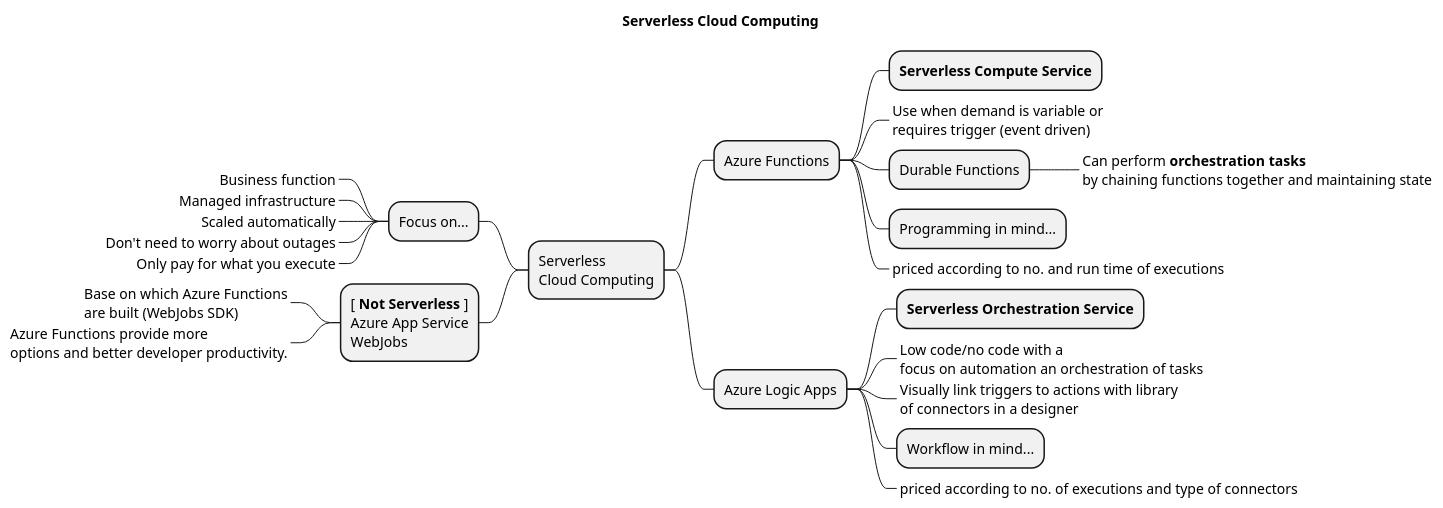
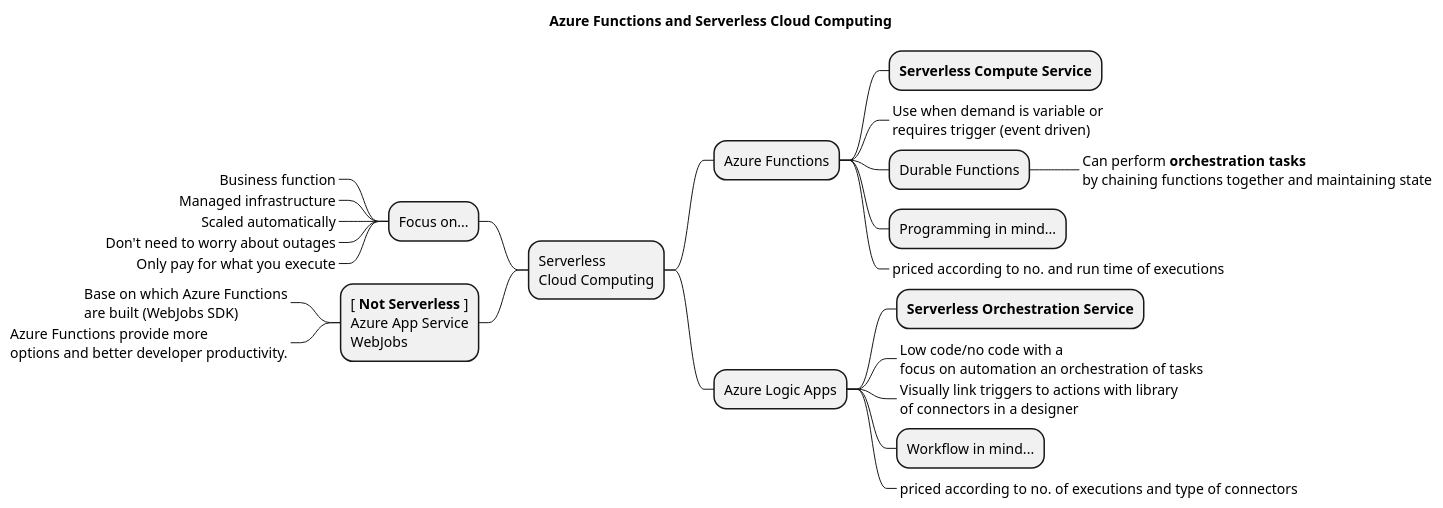
One commit to rob-bl8ke/Az204-AzureFunctions changed the diagram in Notes/Diagrams/serverless-computing.plantuml. Above: the diagram before and after it, drawn with PlantUML. The commit also changed 1 other file, not shown here.

Commit message:
Some diagram tweaks

```diff
--- a/Notes/Diagrams/serverless-computing.plantuml
+++ b/Notes/Diagrams/serverless-computing.plantuml
@@ -1,30 +1,30 @@
 @startmindmap "Serverless Cloud Computing"
 
-title "Serverless Cloud Computing"
+title "Azure Functions and Serverless Cloud Computing"
 
 + Serverless\nCloud Computing
 ++ Azure Functions
 +++ **Serverless Compute Service**
 +++_ Use when demand is variable or \nrequires trigger (event driven)
 +++ Durable Functions
 ++++_ Can perform <b>orchestration tasks</b>\nby chaining functions together and maintaining state
 +++ Programming in mind...
 +++_ priced according to no. and run time of executions
 ++ Azure Logic Apps
 +++ **Serverless Orchestration Service**
 +++_ Low code/no code with a\nfocus on automation an orchestration of tasks
 +++_ Visually link triggers to actions with library\nof connectors in a designer
 +++ Workflow in mind...
 +++_ priced according to no. of executions and type of connectors
 -- Focus on...
 ---_ Business function
 ---_ Managed infrastructure
 ---_ Scaled automatically
 ---_ Don't need to worry about outages
 ---_ Only pay for what you execute
 -- [ **Not Serverless** ]\nAzure App Service\nWebJobs
 ---_ Base on which Azure Functions\nare built (WebJobs SDK)
 ---_  Azure Functions provide more\noptions and better developer productivity.
 
 
 @endmindmap
```
